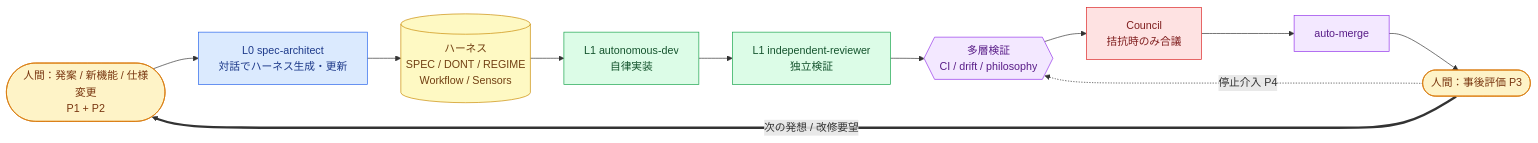
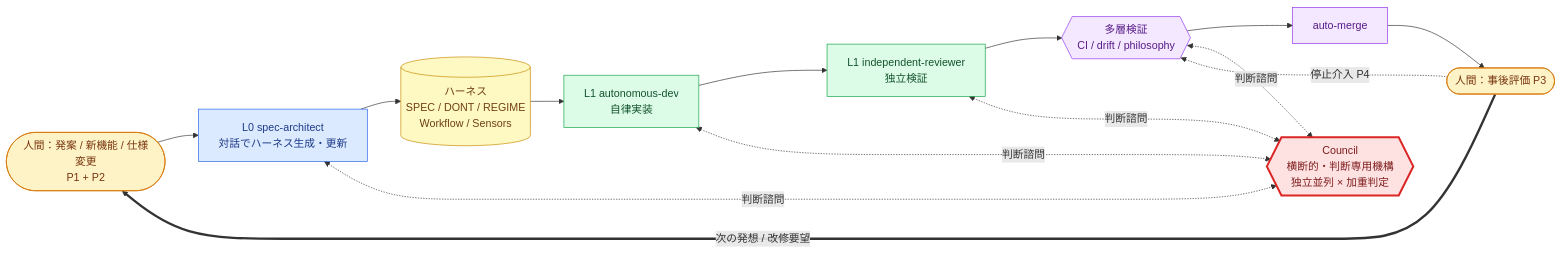
The diagram in README.md (samejima-ai/dialog-harness), drawn with Mermaid before and after one commit. The commit also changed other lines of this file and 1 other file, not shown here.

Commit message:
docs(readme): reposition Council as cross-cutting organ in flow diagram
旧図は VERIFY → COUNCIL → MERGE と Council を固定パイプライン step として
描いており、Council が「拮抗時の一段階」という誤解を招いていた。

Council は **判断が要る全ての地点から起動可能な横断機構** であるという
philosophy 第 7 条「サポートではなく 4 役割の 1 つ」の本来の位置づけを
図に反映:

- COUNCIL を主パイプラインから外し、独立ノードとして配置
- L0 / L1 / independent-reviewer / multi-layer verify から双方向破線
  （<-. 判断諮問 .->）で接続。それぞれの地点で判断が必要なときに
  諮問・合議結果を受け取る関係性を可視化
- COUNCIL ノードを stroke-width:3px で視覚的に区別
- 「図の読み方」セクションを追加し、太い実線 (L0 ループ) / 細い実線
  (パイプライン) / 破線 (横断 Council) の意味を明示

````diff
--- a/README.md
+++ b/README.md
@@ -78,20 +78,25 @@
 ```mermaid
 flowchart LR
     H1([人間：発案 / 新機能 / 仕様変更<br/>P1 + P2]):::human --> L0
     L0[L0 spec-architect<br/>対話でハーネス生成・更新]:::l0 --> HARNESS[(ハーネス<br/>SPEC / DONT / REGIME<br/>Workflow / Sensors)]:::harness
     HARNESS --> L1[L1 autonomous-dev<br/>自律実装]:::l1
     L1 --> REVIEW[L1 independent-reviewer<br/>独立検証]:::l1
     REVIEW --> VERIFY{{多層検証<br/>CI / drift / philosophy}}:::cc
-    VERIFY --> COUNCIL[Council<br/>拮抗時のみ合議]:::council
-    COUNCIL --> MERGE[auto-merge]:::cc
+    VERIFY --> MERGE[auto-merge]:::cc
     MERGE --> H3([人間：事後評価 P3]):::human
     H3 == 次の発想 / 改修要望 ==> H1
     H3 -.停止介入 P4.-> VERIFY
+
+    COUNCIL{{Council<br/>横断的・判断専用機構<br/>独立並列 × 加重判定}}:::council
+    L0 <-. 判断諮問 .-> COUNCIL
+    L1 <-. 判断諮問 .-> COUNCIL
+    REVIEW <-. 判断諮問 .-> COUNCIL
+    VERIFY <-. 判断諮問 .-> COUNCIL
 
     classDef human fill:#fef3c7,stroke:#d97706,color:#78350f
     classDef l0 fill:#dbeafe,stroke:#2563eb,color:#1e3a8a
     classDef l1 fill:#dcfce7,stroke:#16a34a,color:#14532d
     classDef harness fill:#fef9c3,stroke:#ca8a04,color:#713f12
     classDef cc fill:#f3e8ff,stroke:#9333ea,color:#581c87
-    classDef council fill:#fee2e2,stroke:#dc2626,color:#7f1d1d
+    classDef council fill:#fee2e2,stroke:#dc2626,color:#7f1d1d,stroke-width:3px
 ```
````
